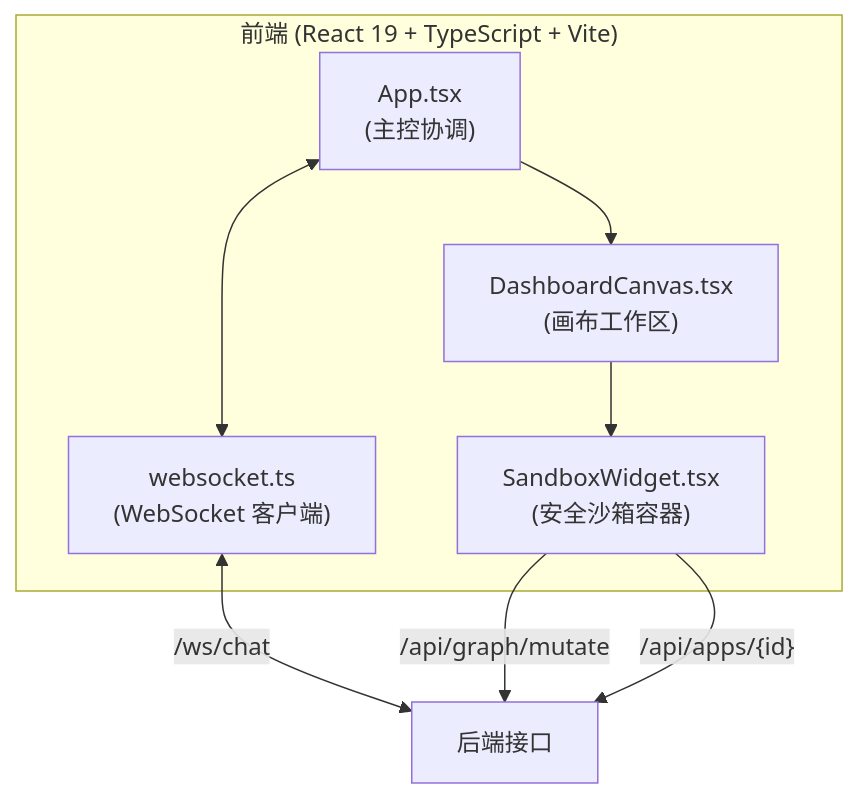
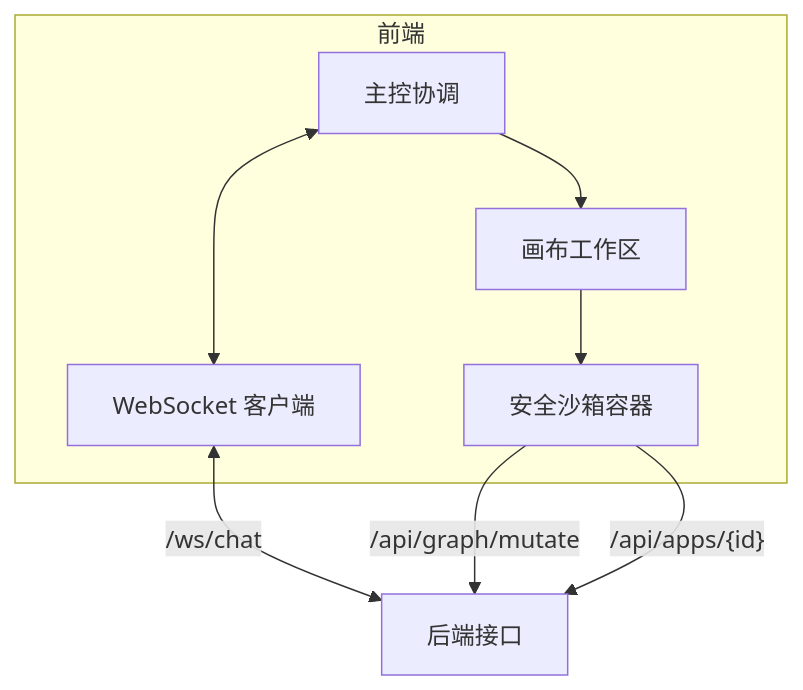
Before and after one commit to BillShiyaoZhang/ambient-agent: the second of 5 diagrams in docs/architecture/overview.md, drawn with Mermaid. The commit also changed other lines of this file and 10 other files, not shown here.

````diff
--- a/docs/architecture/overview.md
+++ b/docs/architecture/overview.md
@@ -26,11 +25,11 @@
 ```mermaid
 graph TB
-    subgraph Frontend["前端 (React 19 + TypeScript + Vite)"]
-        App["App.tsx<br/>(主控协调)"] --> Canvas["DashboardCanvas.tsx<br/>(画布工作区)"]
-        Canvas --> Sandbox["SandboxWidget.tsx<br/>(安全沙箱容器)"]
-        App <--> WSClient["websocket.ts<br/>(WebSocket 客户端)"]
+    subgraph Frontend["前端"]
+        App["主控协调"] --> Canvas["画布工作区"]
+        Canvas --> Sandbox["安全沙箱容器"]
+        App <--> WSClient["WebSocket 客户端"]
     end
     WSClient <-->|/ws/chat| BE["后端接口"]
     Sandbox -->|/api/graph/mutate| BE
     Sandbox -->|"/api/apps/{id}"| BE
 ```
````
